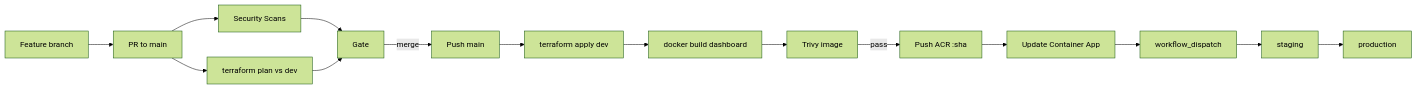
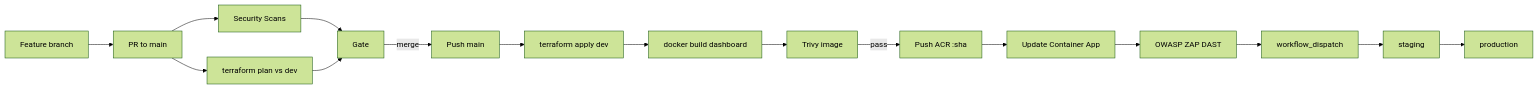
One commit to gindriliunas/crypto-trading changed diagram 13 of 14 in docs/hld.md. Above: the diagram before and after it, drawn with Mermaid (forest theme). The commit also changed other lines of this file and 8 other files, not shown here.

````diff
--- a/docs/hld.md
+++ b/docs/hld.md
@@ -379,17 +382,18 @@
 ```mermaid
 flowchart LR
   feature[Feature branch] --> pr[PR to main]
   pr --> sec[Security Scans]
   pr --> plan[terraform plan vs dev]
   sec --> gate[Gate]
   plan --> gate
   gate -->|merge| push[Push main]
   push --> apply[terraform apply dev]
   apply --> build[docker build dashboard]
   build --> trivy[Trivy image]
   trivy -->|pass| acr[Push ACR :sha]
   acr --> ca[Update Container App]
-  ca --> promote[workflow_dispatch]
+  ca --> zap[OWASP ZAP DAST]
+  zap --> promote[workflow_dispatch]
   promote --> stg[staging]
   stg --> prod[production]
 ```
````
